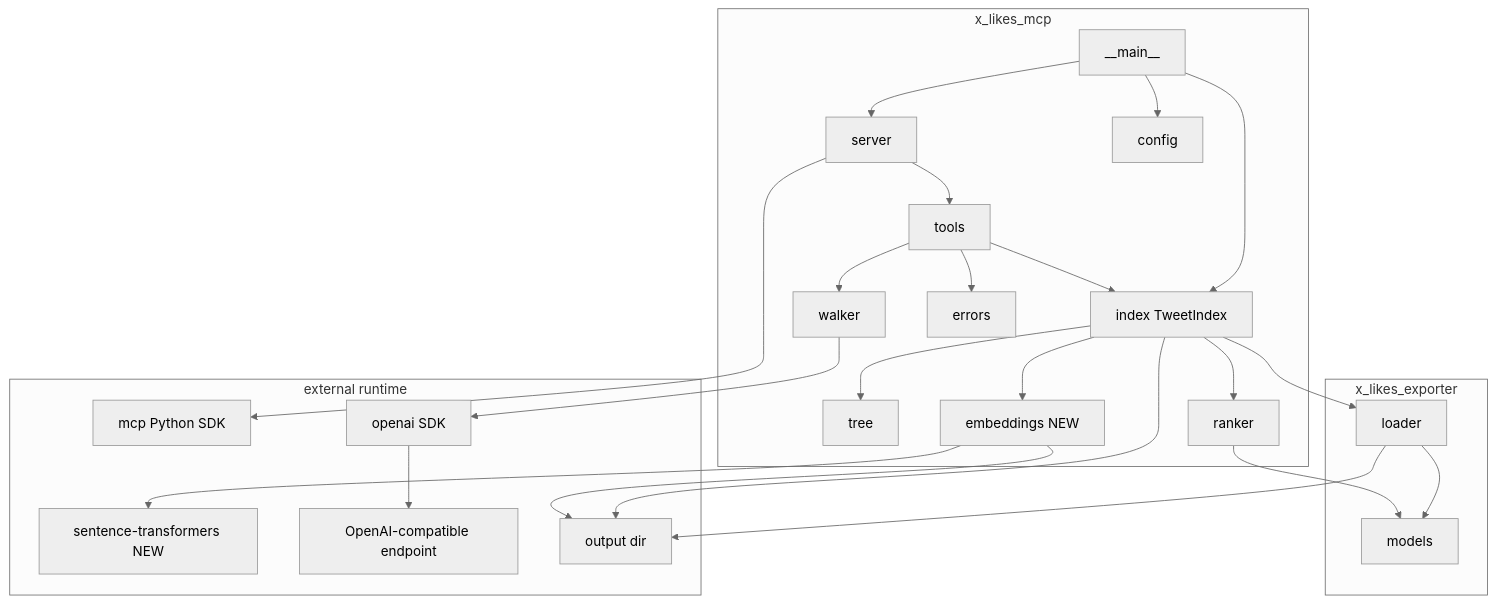
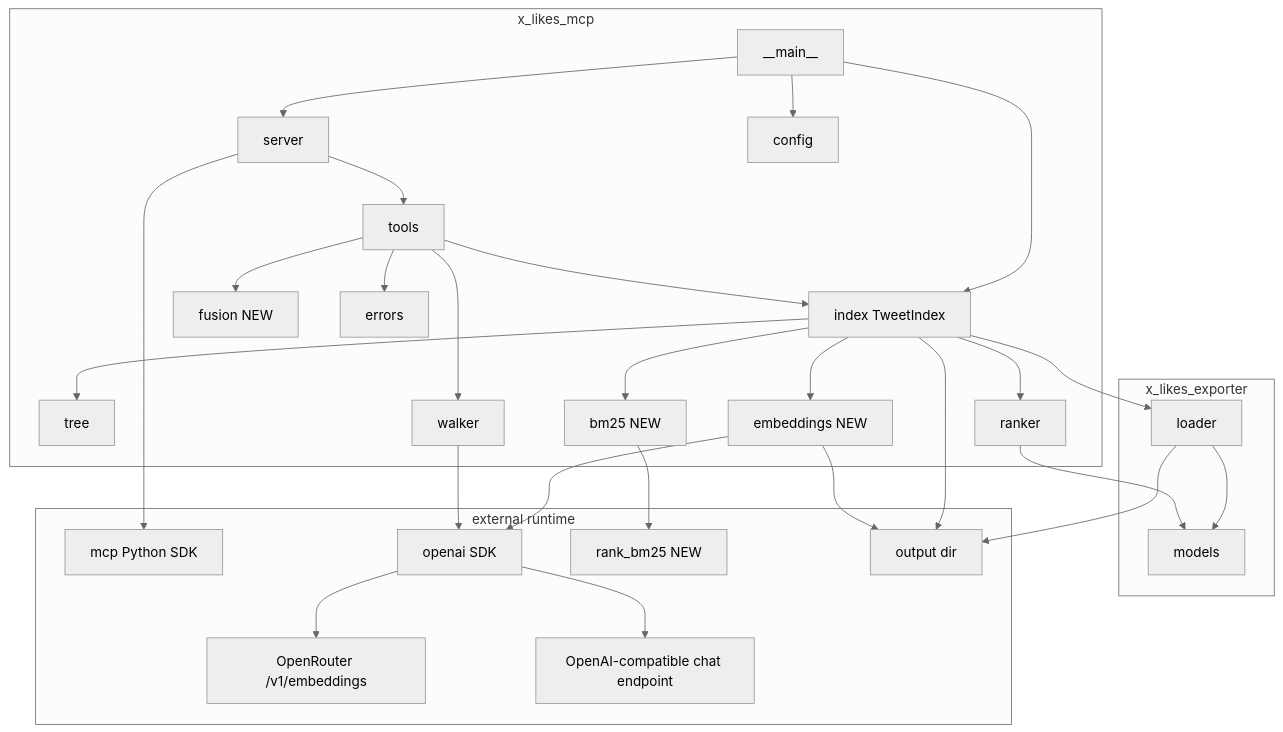
One commit to norandom/x_likes_scraper changed the first of 3 diagrams in .kiro/specs/mcp-fast-search/design.md. Above: the diagram before and after it, drawn with Mermaid (neutral theme). The commit also changed other lines of this file and 3 other files, not shown here.

First line of the commit message:
docs(mcp-fast-search): rewrite spec to hybrid OpenRouter + BM25 architecture

````diff
--- a/.kiro/specs/mcp-fast-search/design.md
+++ b/.kiro/specs/mcp-fast-search/design.md
@@ -78,47 +86,54 @@
 ```mermaid
 graph TB
     subgraph mcp_server[x_likes_mcp]
         Main[__main__]
         Server[server]
         Tools[tools]
         Index[index TweetIndex]
         Tree[tree]
         Walker[walker]
         Ranker[ranker]
         Embeddings[embeddings NEW]
+        BM25[bm25 NEW]
+        Fusion[fusion NEW]
         Config[config]
         Errors[errors]
     end
     subgraph upstream[x_likes_exporter]
         Loader[loader]
         Models[models]
     end
     subgraph external[external runtime]
         MCP_SDK[mcp Python SDK]
-        ST[sentence-transformers NEW]
         OpenAI_SDK[openai SDK]
-        LLM[OpenAI-compatible endpoint]
+        OpenRouter[OpenRouter /v1/embeddings]
+        LLM[OpenAI-compatible chat endpoint]
+        RankBM25[rank_bm25 NEW]
         Output[output dir]
     end
 
     Main --> Server
     Main --> Config
     Main --> Index
     Server --> Tools
     Server --> MCP_SDK
     Tools --> Index
     Tools --> Walker
+    Tools --> Fusion
     Tools --> Errors
     Index --> Tree
     Index --> Embeddings
+    Index --> BM25
     Index --> Ranker
     Index --> Loader
     Index --> Output
-    Embeddings --> ST
+    Embeddings --> OpenAI_SDK
+    OpenAI_SDK --> OpenRouter
     Embeddings --> Output
+    BM25 --> RankBM25
     Walker --> OpenAI_SDK
     OpenAI_SDK --> LLM
     Loader --> Output
     Loader --> Models
     Ranker --> Models
 ```
````
